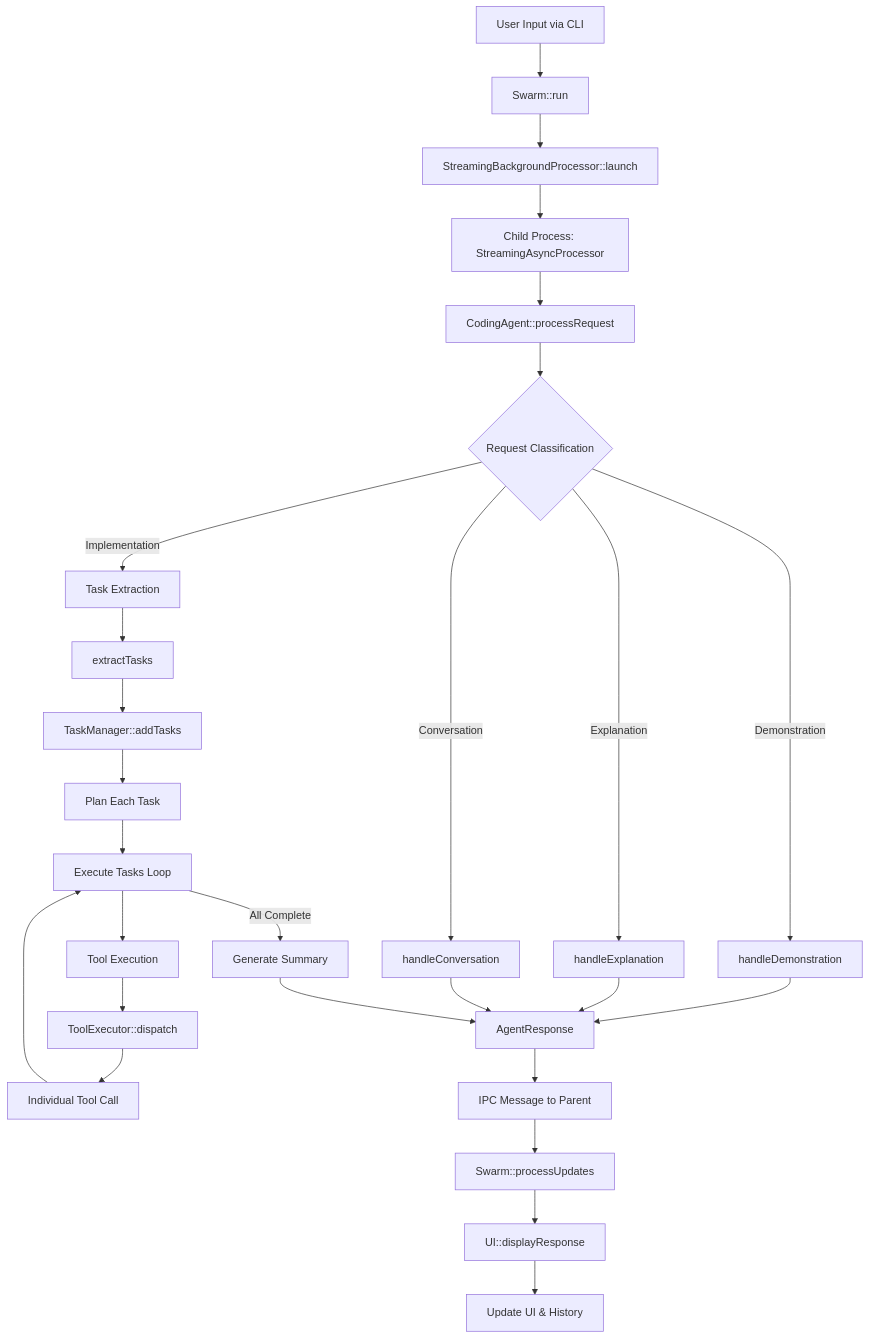
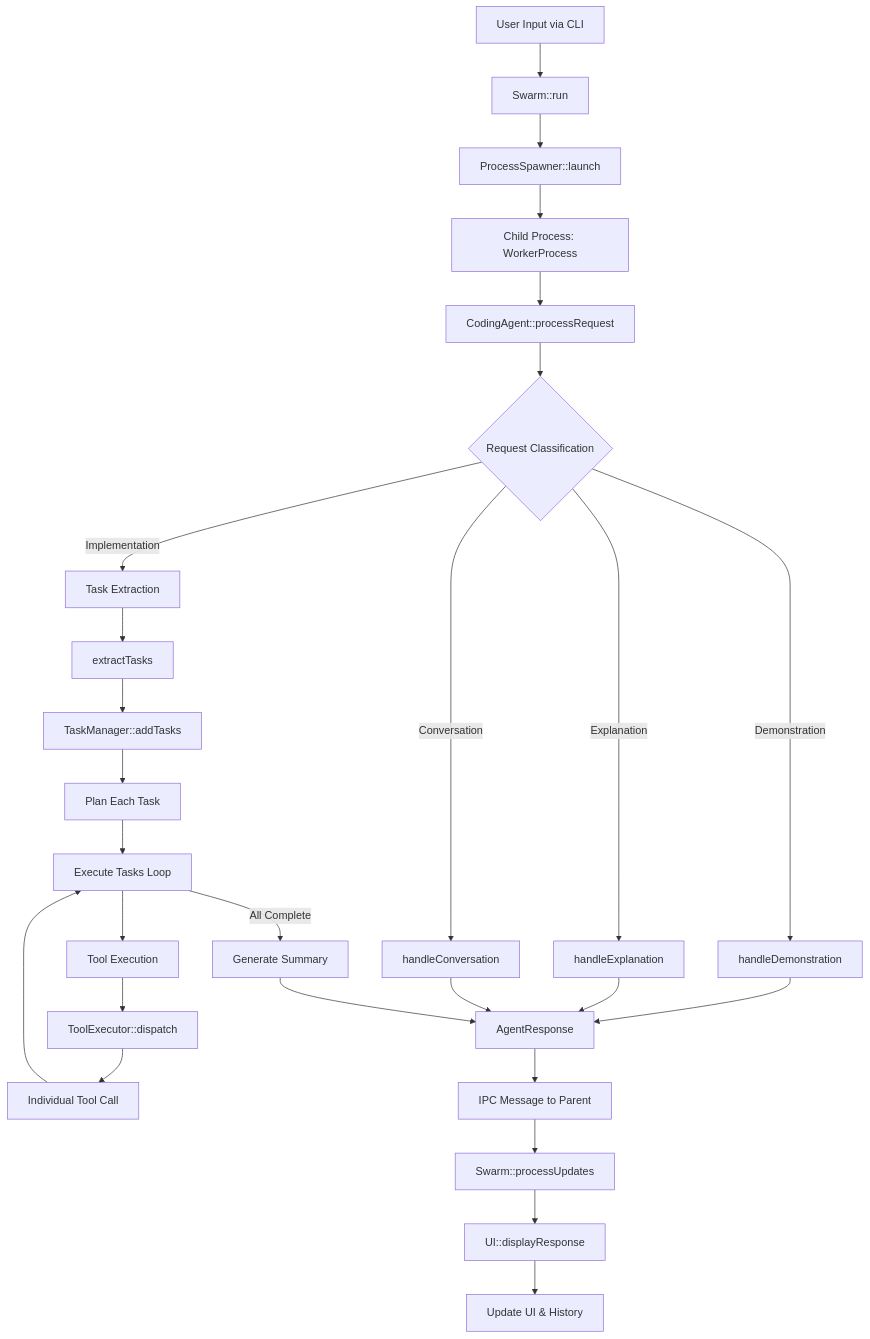
One commit to HelgeSverre/swarm changed the first of 8 diagrams in docs/overview.md. Above: the diagram before and after it, drawn with Mermaid. The commit also changed other lines of this file and 63 other files, not shown here.

First line of the commit message:
refactor: Complete architectural overhaul for better separation of concerns

````diff
--- a/docs/overview.md
+++ b/docs/overview.md
@@ -21,33 +21,33 @@
 ```mermaid
 flowchart TD
     A[User Input via CLI] --> B[Swarm::run]
-    B --> C[StreamingBackgroundProcessor::launch]
-    C --> D[Child Process: StreamingAsyncProcessor]
+    B --> C[ProcessSpawner::launch]
+    C --> D[Child Process: WorkerProcess]
     D --> E[CodingAgent::processRequest]
     
     E --> F{Request Classification}
     F -->|Demonstration| G[handleDemonstration]
     F -->|Explanation| H[handleExplanation]
     F -->|Conversation| I[handleConversation]
     F -->|Implementation| J[Task Extraction]
     
     G --> AA[AgentResponse]
     H --> AA
     I --> AA
     
     J --> K[extractTasks]
     K --> L[TaskManager::addTasks]
     L --> M[Plan Each Task]
     M --> N[Execute Tasks Loop]
     N --> O[Tool Execution]
     O --> P[ToolExecutor::dispatch]
     P --> Q[Individual Tool Call]
     Q --> N
     N -->|All Complete| R[Generate Summary]
     R --> AA
     
     AA --> S[IPC Message to Parent]
     S --> T[Swarm::processUpdates]
     T --> U[UI::displayResponse]
     U --> V[Update UI & History]
 ```
````
